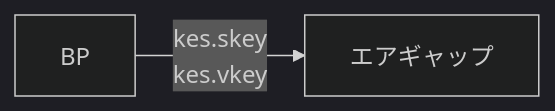
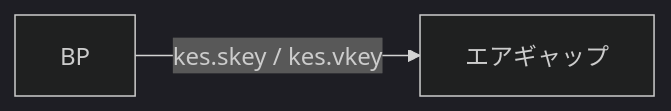
The first of 2 diagrams in docs/operation/kes-update.md (btbf/spojapanguild), drawn with Mermaid (dark theme) before and after one commit. The commit also changed 6 other files, not shown here.

````diff
--- a/docs/operation/kes-update.md
+++ b/docs/operation/kes-update.md
@@ -57,4 +57,4 @@
     ``` mermaid
     graph LR
-        A[BP] -->|kes.skey<br>kes.vkey| B[エアギャップ];
+        A[BP] -->|kes.skey / kes.vkey| B[エアギャップ];
     ``` 
````
